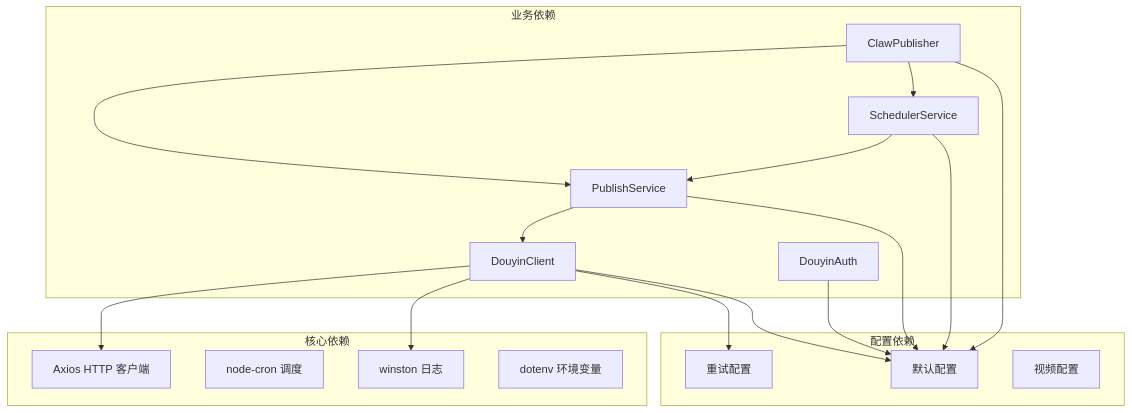
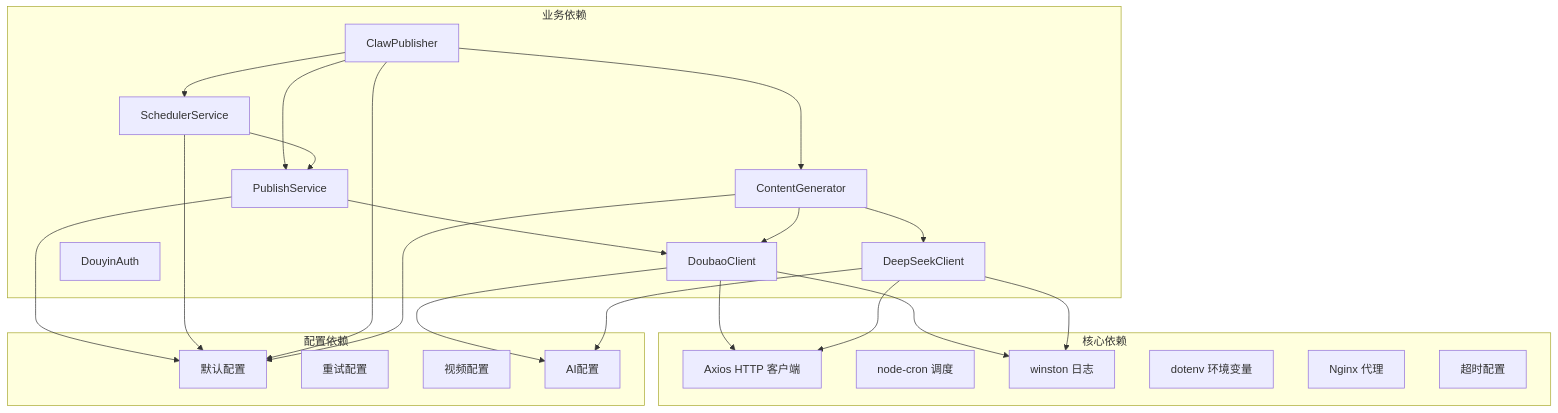
Diagram 11 of 11 in .qoder/repowiki/zh/content/核心模块详解/定时调度服务模块/调度服务系统.md (songdiyang/clawOperations), drawn with Mermaid before and after one commit. The commit also changed other lines of this file and 10 other files, not shown here.

````diff
--- a/.qoder/repowiki/zh/content/核心模块详解/定时调度服务模块/调度服务系统.md
+++ b/.qoder/repowiki/zh/content/核心模块详解/定时调度服务模块/调度服务系统.md
@@ -339,33 +442,43 @@
 ```mermaid
 graph TB
 subgraph "核心依赖"
 AX[Axios HTTP 客户端]
 NC[node-cron 调度]
 WT[winston 日志]
 DN[dotenv 环境变量]
+NG[Nginx 代理]
+TO[超时配置]
 end
 subgraph "业务依赖"
 CS[ClawPublisher]
 PS[PublishService]
 SS[SchedulerService]
-DC[DouyinClient]
+CG[ContentGenerator]
+DC[DoubaoClient]
 DA[DouyinAuth]
+DS[DeepSeekClient]
 end
 subgraph "配置依赖"
 CFG[默认配置]
 RT[重试配置]
 VC[视频配置]
+AC[AI配置]
 end
 CS --> PS
 CS --> SS
+CS --> CG
 PS --> DC
 SS --> PS
+CG --> DC
+CG --> DS
 DC --> AX
+DS --> AX
 DC --> WT
-DC --> RT
+DS --> WT
 PS --> CFG
 SS --> CFG
 CS --> CFG
-DC --> CFG
-DA --> CFG
+CG --> CFG
+DC --> AC
+DS --> AC
 ```
````
